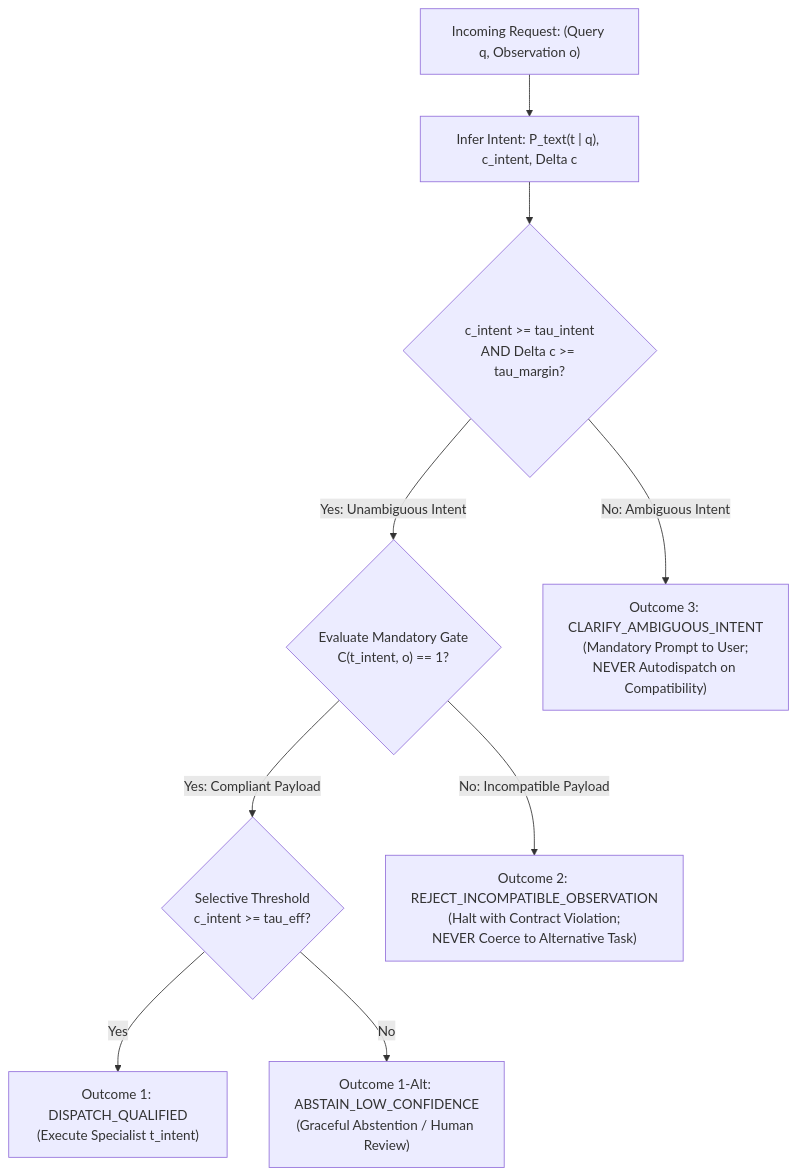
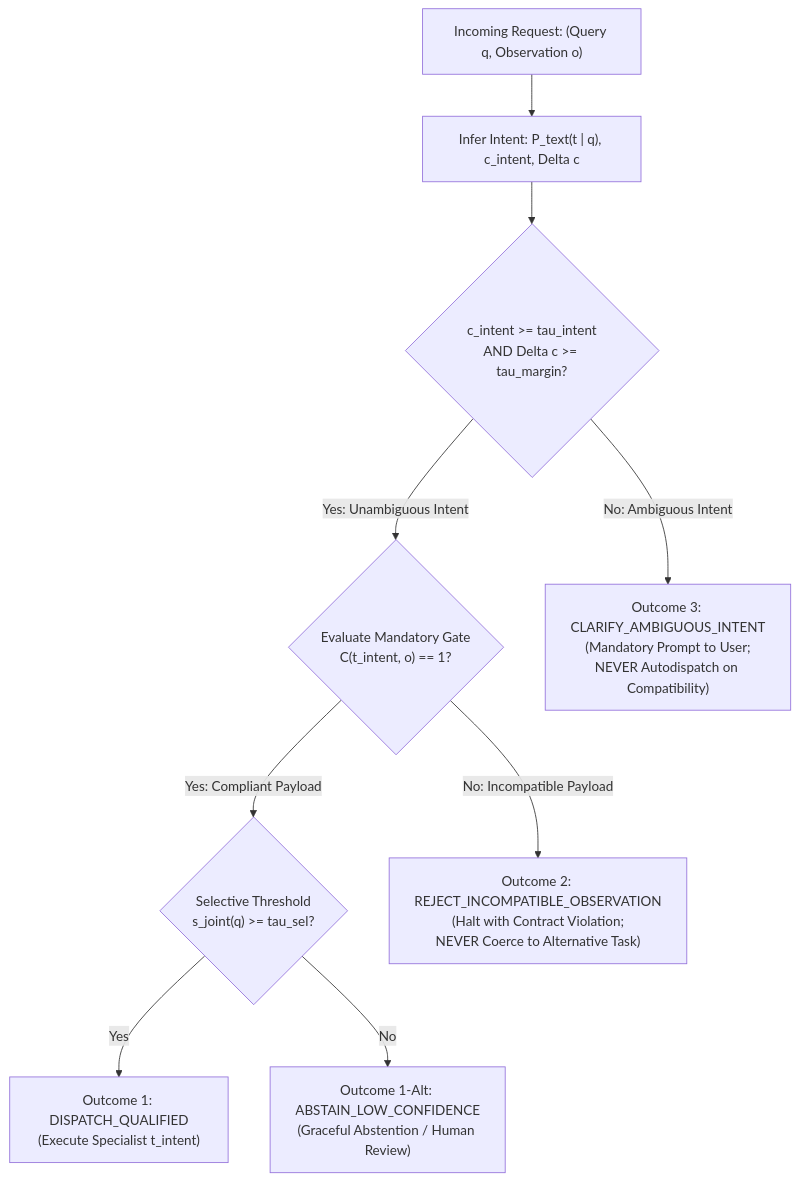
One commit to navaneeth2205/SatQueryAI changed the diagram in PHASE3_M30_PROTOCOL_FREEZE.md. Above: the diagram before and after it, drawn with Mermaid. The commit also changed other lines of this file and 1 other file, not shown here.

````diff
--- a/PHASE3_M30_PROTOCOL_FREEZE.md
+++ b/PHASE3_M30_PROTOCOL_FREEZE.md
@@ -85,14 +98,14 @@
 ```mermaid
 flowchart TD
     Start["Incoming Request: (Query q, Observation o)"] --> IntentStep["Infer Intent: P_text(t | q), c_intent, Delta c"]
     IntentStep --> CheckIntent{"c_intent >= tau_intent\nAND Delta c >= tau_margin?"}
 
     CheckIntent -->|Yes: Unambiguous Intent| CheckGate{"Evaluate Mandatory Gate\nC(t_intent, o) == 1?"}
     CheckIntent -->|No: Ambiguous Intent| Outcome3["Outcome 3: CLARIFY_AMBIGUOUS_INTENT\n(Mandatory Prompt to User;\nNEVER Autodispatch on Compatibility)"]
 
-    CheckGate -->|Yes: Compliant Payload| CheckSel{"Selective Threshold\nc_intent >= tau_eff?"}
+    CheckGate -->|Yes: Compliant Payload| CheckSel{"Selective Threshold\ns_joint(q) >= tau_sel?"}
     CheckGate -->|No: Incompatible Payload| Outcome2["Outcome 2: REJECT_INCOMPATIBLE_OBSERVATION\n(Halt with Contract Violation;\nNEVER Coerce to Alternative Task)"]
 
     CheckSel -->|Yes| Outcome1A["Outcome 1: DISPATCH_QUALIFIED\n(Execute Specialist t_intent)"]
     CheckSel -->|No| Outcome1B["Outcome 1-Alt: ABSTAIN_LOW_CONFIDENCE\n(Graceful Abstention / Human Review)"]
 ```
````
